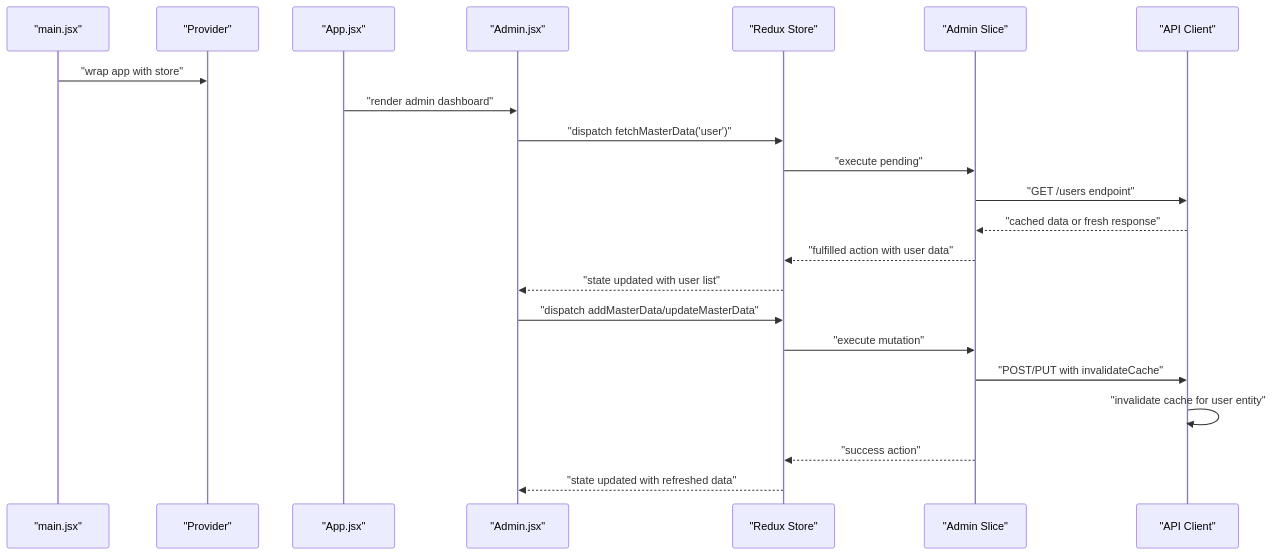
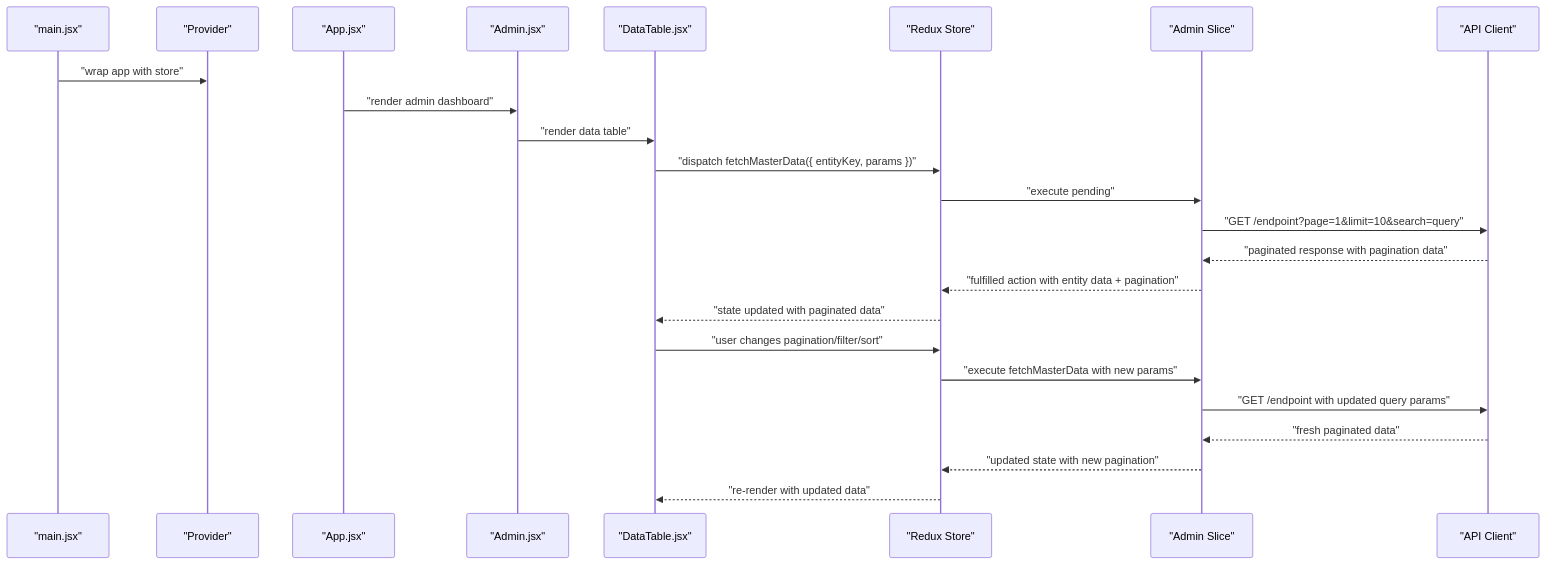
One commit to Aryan9060/Timetable-Project changed the second of 11 diagrams in .qoder/repowiki/en/content/State Management/Redux Store Configuration.md. Above: the diagram before and after it, drawn with Mermaid. The commit also changed other lines of this file and 6 other files, not shown here.

First line of the commit message:
feat(master-data): add advanced pagination, search, sorting, and filtering for all entities

````diff
--- a/.qoder/repowiki/en/content/State Management/Redux Store Configuration.md
+++ b/.qoder/repowiki/en/content/State Management/Redux Store Configuration.md
@@ -113,24 +118,26 @@
 ```mermaid
 sequenceDiagram
 participant Root as "main.jsx"
 participant Provider as "Provider"
 participant App as "App.jsx"
 participant Admin as "Admin.jsx"
+participant DataTable as "DataTable.jsx"
 participant Store as "Redux Store"
 participant AdminSlice as "Admin Slice"
 participant APIClient as "API Client"
 Root->>Provider : "wrap app with store"
 App->>Admin : "render admin dashboard"
-Admin->>Store : "dispatch fetchMasterData('user')"
+Admin->>DataTable : "render data table"
+DataTable->>Store : "dispatch fetchMasterData({ entityKey, params })"
 Store->>AdminSlice : "execute pending"
-AdminSlice->>APIClient : "GET /users endpoint"
-APIClient-->>AdminSlice : "cached data or fresh response"
-AdminSlice-->>Store : "fulfilled action with user data"
-Store-->>Admin : "state updated with user list"
-Admin->>Store : "dispatch addMasterData/updateMasterData"
-Store->>AdminSlice : "execute mutation"
-AdminSlice->>APIClient : "POST/PUT with invalidateCache"
-APIClient->>APIClient : "invalidate cache for user entity"
-AdminSlice-->>Store : "success action"
-Store-->>Admin : "state updated with refreshed data"
+AdminSlice->>APIClient : "GET /endpoint?page=1&limit=10&search=query"
+APIClient-->>AdminSlice : "paginated response with pagination data"
+AdminSlice-->>Store : "fulfilled action with entity data + pagination"
+Store-->>DataTable : "state updated with paginated data"
+DataTable->>Store : "user changes pagination/filter/sort"
+Store->>AdminSlice : "execute fetchMasterData with new params"
+AdminSlice->>APIClient : "GET /endpoint with updated query params"
+APIClient-->>AdminSlice : "fresh paginated data"
+AdminSlice-->>Store : "updated state with new pagination"
+Store-->>DataTable : "re-render with updated data"
 ```
````
